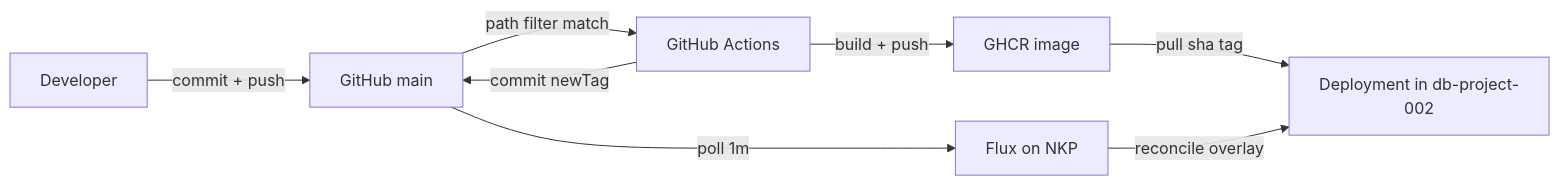
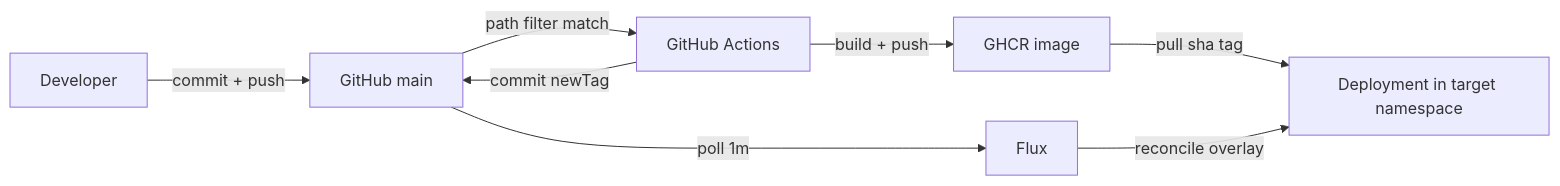
The diagram in docs/gitops-nkp-pipeline.md (script-repo/CVLAB-Retail-Supermarket-Grocer), drawn with Mermaid before and after one commit. The commit also changed other lines of this file and 5 other files, not shown here.

````diff
--- a/docs/gitops-nkp-pipeline.md
+++ b/docs/gitops-nkp-pipeline.md
@@ -95,10 +94,10 @@
 ```mermaid
 flowchart LR
   Dev["Developer"] -->|commit + push| Git["GitHub main"]
   Git -->|path filter match| GHA["GitHub Actions"]
   GHA -->|build + push| GHCR["GHCR image"]
   GHA -->|commit newTag| Git
-  Git -->|poll 1m| Flux["Flux on NKP"]
-  GHCR -->|pull sha tag| NKP["Deployment in db-project-002"]
-  Flux -->|reconcile overlay| NKP
+  Git -->|poll 1m| Flux["Flux"]
+  GHCR -->|pull sha tag| Cluster["Deployment in target namespace"]
+  Flux -->|reconcile overlay| Cluster
 ```
````
